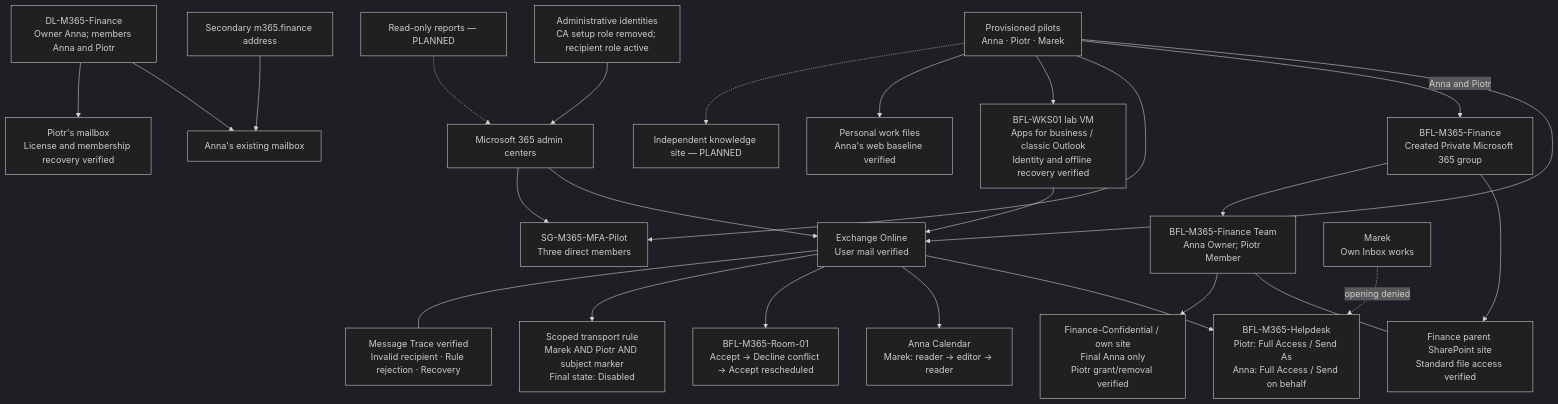
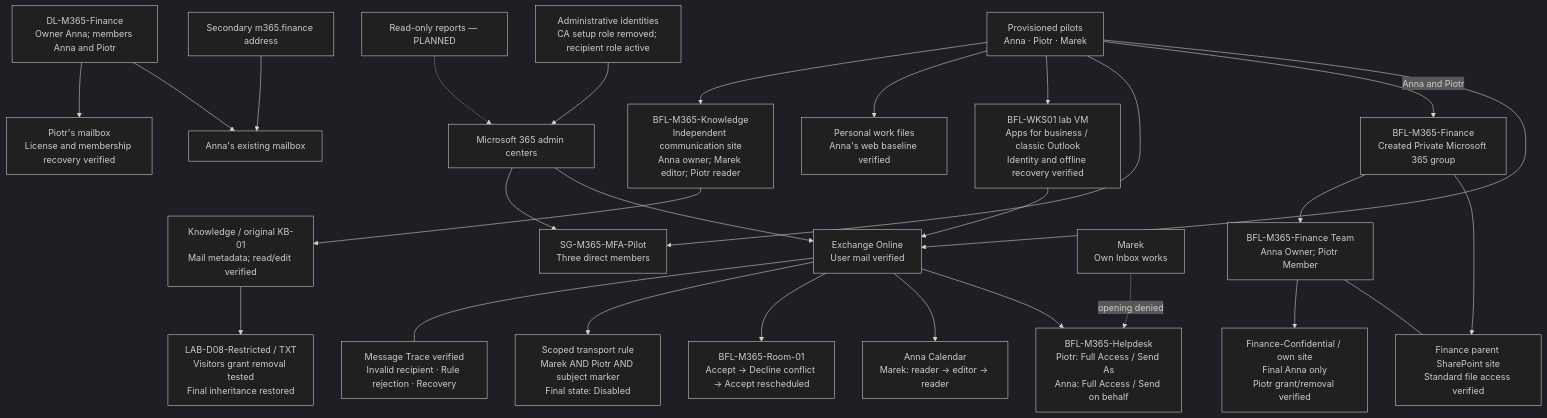
One commit to krzysztof-szot/m365-administration-support-project changed the diagram in docs/architecture.md. Above: the diagram before and after it, drawn with Mermaid (dark theme). The commit also changed other lines of this file and 20 other files, not shown here.

````diff
--- a/docs/architecture.md
+++ b/docs/architecture.md
@@ -5,27 +5,29 @@
 ```mermaid
 flowchart TB
     Admin["Administrative identities<br/>CA setup role removed; recipient role active"] --> Portal["Microsoft 365 admin centers"]
     Users["Provisioned pilots<br/>Anna · Piotr · Marek"] --> Exchange["Exchange Online<br/>User mail verified"]
     FinanceAlias["Secondary m365.finance address"] --> Anna["Anna's existing mailbox"]
     DL["DL-M365-Finance<br/>Owner Anna; members Anna and Piotr"] --> Anna
     DL --> Piotr["Piotr's mailbox<br/>License and membership recovery verified"]
     Group["BFL-M365-Finance<br/>Created Private Microsoft 365 group"] --> Parent["Finance parent SharePoint site<br/>Standard file access verified"]
     Group --> Team["BFL-M365-Finance Team<br/>Anna Owner; Piotr Member"]
     Team --- Parent
     Team --> Private["Finance-Confidential / own site<br/>Final Anna only<br/>Piotr grant/removal verified"]
     Users -->|Anna and Piotr| Group
     Users --> MFA["SG-M365-MFA-Pilot<br/>Three direct members"]
     Portal --> Exchange
     Portal --> MFA
     Desktop["BFL-WKS01 lab VM<br/>Apps for business / classic Outlook<br/>Identity and offline recovery verified"] --> Exchange
     Users --> Desktop
     Users --> OneDrive["Personal work files<br/>Anna's web baseline verified"]
     Exchange --> Helpdesk["BFL-M365-Helpdesk<br/>Piotr: Full Access / Send As<br/>Anna: Full Access / Send on behalf"]
     Marek["Marek<br/>Own Inbox works"] -. "opening denied" .-> Helpdesk
     Exchange --> Calendar["Anna Calendar<br/>Marek: reader → editor → reader"]
     Exchange --> Room["BFL-M365-Room-01<br/>Accept → Decline conflict → Accept rescheduled"]
     Exchange --> Rule["Scoped transport rule<br/>Marek AND Piotr AND subject marker<br/>Final state: Disabled"]
     Exchange --- Trace["Message Trace verified<br/>Invalid recipient · Rule rejection · Recovery"]
-    Users -.-> Knowledge["Independent knowledge site — PLANNED"]
+    Users --> Knowledge["BFL-M365-Knowledge<br/>Independent communication site<br/>Anna owner; Marek editor; Piotr reader"]
+    Knowledge --> Library["Knowledge / original KB-01<br/>Mail metadata; read/edit verified"]
+    Library --> Restricted["LAB-D08-Restricted / TXT<br/>Visitors grant removal tested<br/>Final inheritance restored"]
     Reports["Read-only reports — PLANNED"] -.-> Portal
 ```
````
